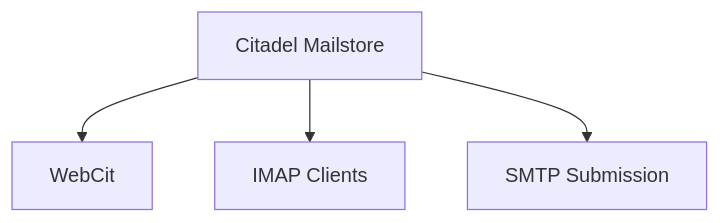
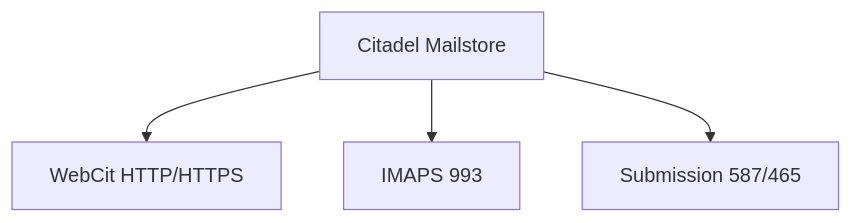
Before and after one commit to A2Micha/modern-citadel-mail-platform: the fourth of 4 diagrams in diagrams/full-mail-stack.md, drawn with Mermaid. The commit also changed other lines of this file and 15 other files, not shown here.

````diff
--- a/diagrams/full-mail-stack.md
+++ b/diagrams/full-mail-stack.md
@@ -65,9 +69,9 @@
 ```mermaid
 flowchart TD
 
 A[Citadel Mailstore]
 
-A --> B[WebCit]
-A --> C[IMAP Clients]
-A --> D[SMTP Submission]
+A --> B[WebCit HTTP/HTTPS]
+A --> C[IMAPS 993]
+A --> D[Submission 587/465]
 ```
````
